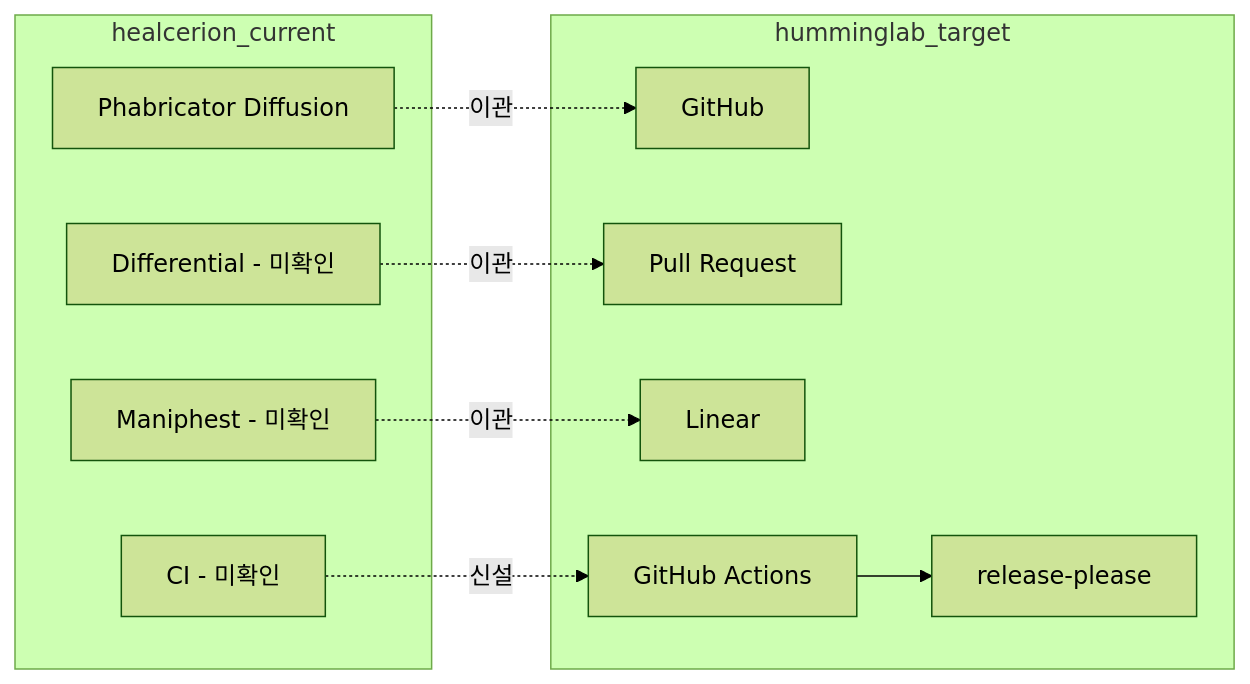
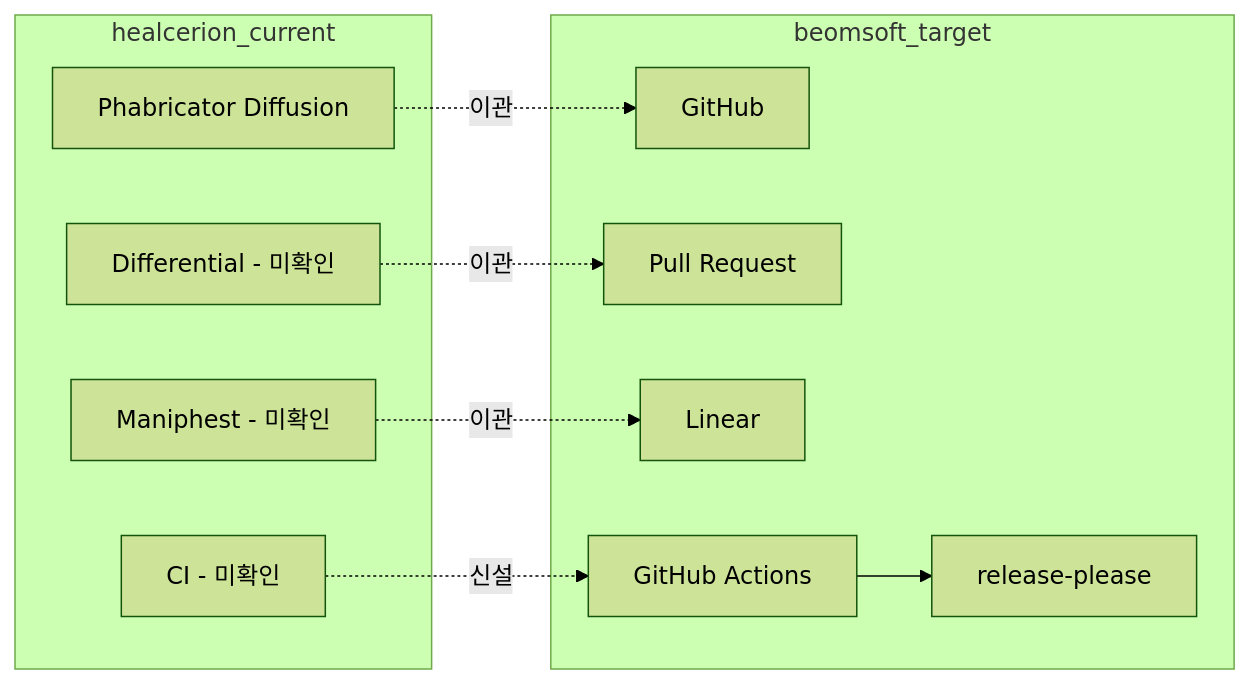
The diagram in docs/review/dev-environment.md (beomsikpark/healcerion-platform), drawn with Mermaid (forest theme) before and after one commit. The commit also changed other lines of this file and 9 other files, not shown here.

````diff
--- a/docs/review/dev-environment.md
+++ b/docs/review/dev-environment.md
@@ -174,21 +174,21 @@
 ```mermaid
 flowchart LR
     subgraph healcerion_current
         h1[Phabricator Diffusion]
         h2[Differential - 미확인]
         h3[Maniphest - 미확인]
         h4[CI - 미확인]
     end
-    subgraph humminglab_target
+    subgraph beomsoft_target
         g1[GitHub]
         g2[Pull Request]
         g3[Linear]
         g4[GitHub Actions]
         g5[release-please]
     end
     h1 -.->|이관| g1
     h2 -.->|이관| g2
     h3 -.->|이관| g3
     h4 -.->|신설| g4
     g4 --> g5
 ```
````
